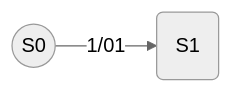
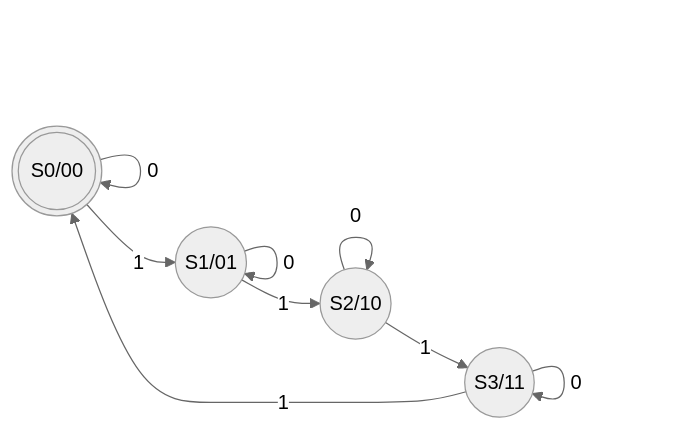
Before and after one commit to SuperSamus/appunti-universitari: the second of 2 diagrams in Architettura e sistemi operativi/Verilog/Esercizio contatore.md, drawn with Mermaid (neutral theme). The commit also changed other lines of this file, not shown here.

````diff
--- a/Architettura e sistemi operativi/Verilog/Esercizio contatore.md
+++ b/Architettura e sistemi operativi/Verilog/Esercizio contatore.md
@@ -16,4 +32,11 @@
 ```mermaid
 flowchart LR
-S0((S0)) -- 1/01 --> S!(S1)
+S0 -- 0 --> S0
+S0(((S0/00))) -- 1 --> S1
+S1 -- 0 --> S1
+S1((S1/01)) -- 1 --> S2
+S2 -- 0 --> S2
+S2((S2/10)) -- 1 --> S3
+S3 -- 0 --> S3
+S3((S3/11)) -- 1 --> S0
 ```
````
